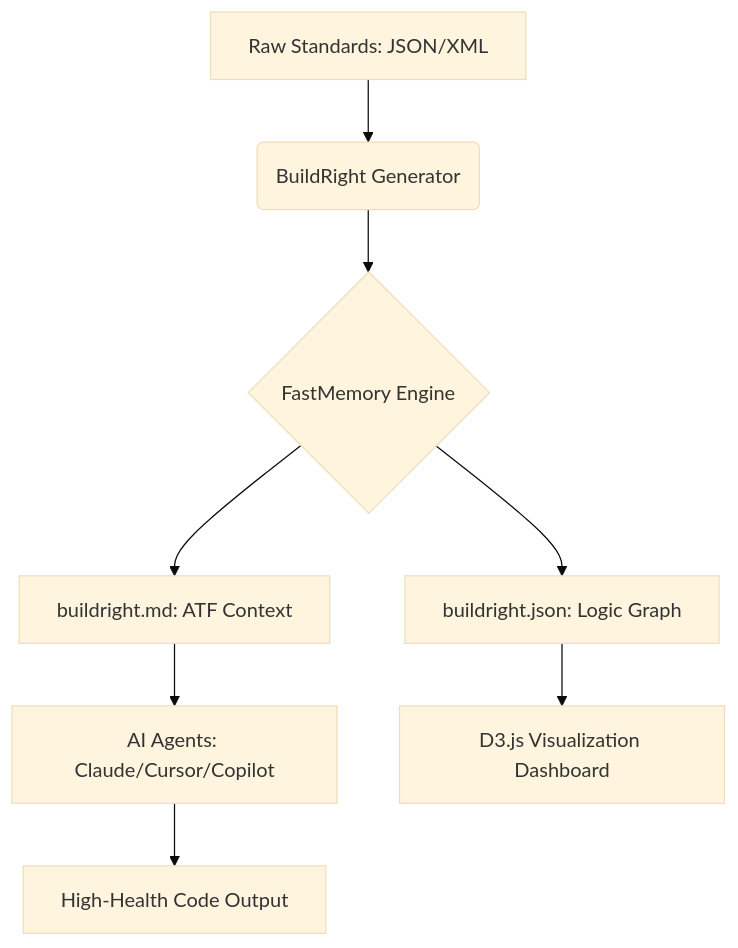
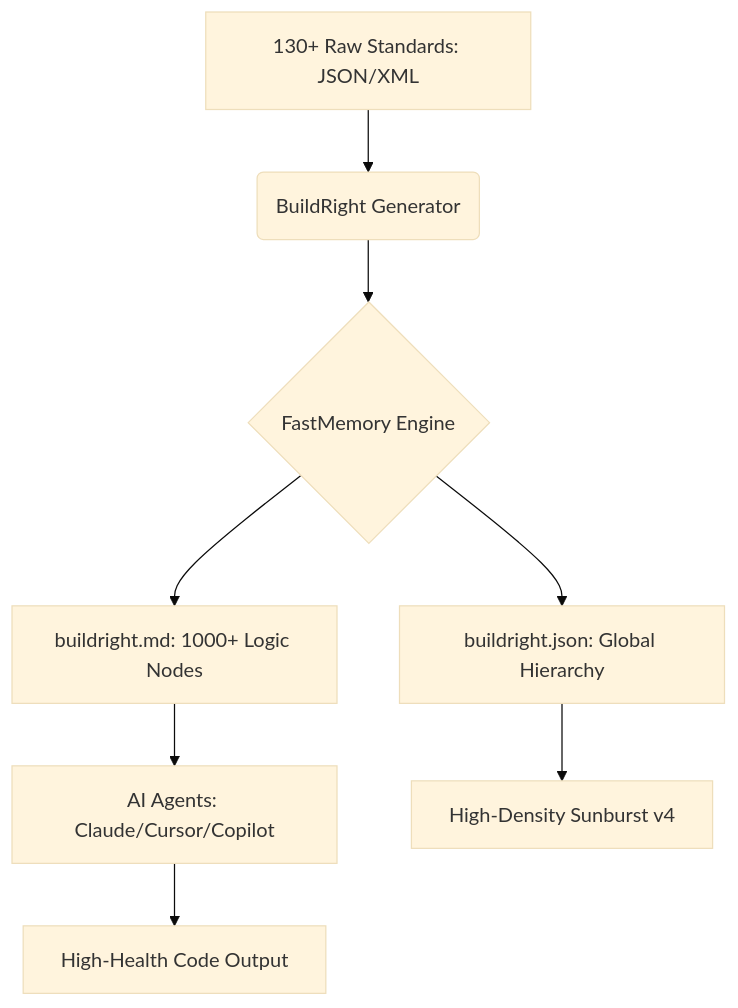
The diagram in README.md (FastBuilderAI/buildright), drawn with Mermaid (base theme) before and after one commit. The commit also changed other lines of this file, not shown here.

````diff
--- a/README.md
+++ b/README.md
@@ -23,10 +19,10 @@
 ```mermaid
 graph TD
-    A[Raw Standards: JSON/XML] --> B(BuildRight Generator)
+    A[130+ Raw Standards: JSON/XML] --> B(BuildRight Generator)
     B --> C{FastMemory Engine}
-    C --> D[buildright.md: ATF Context]
-    C --> E[buildright.json: Logic Graph]
+    C --> D[buildright.md: 1000+ Logic Nodes]
+    C --> E[buildright.json: Global Hierarchy]
     D --> F[AI Agents: Claude/Cursor/Copilot]
-    E --> G[D3.js Visualization Dashboard]
+    E --> G[High-Density Sunburst v4]
     F --> H[High-Health Code Output]
 ```
````
